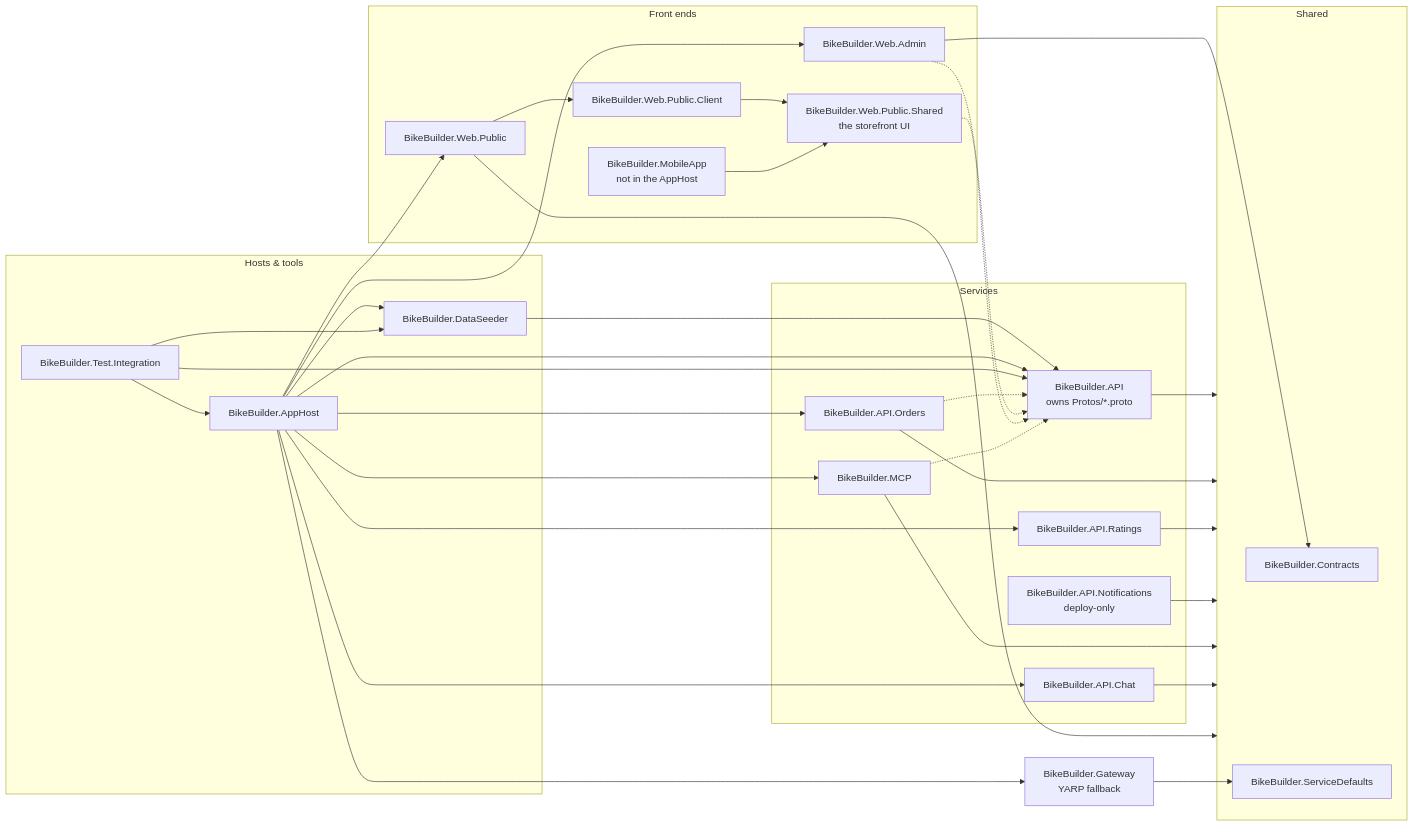
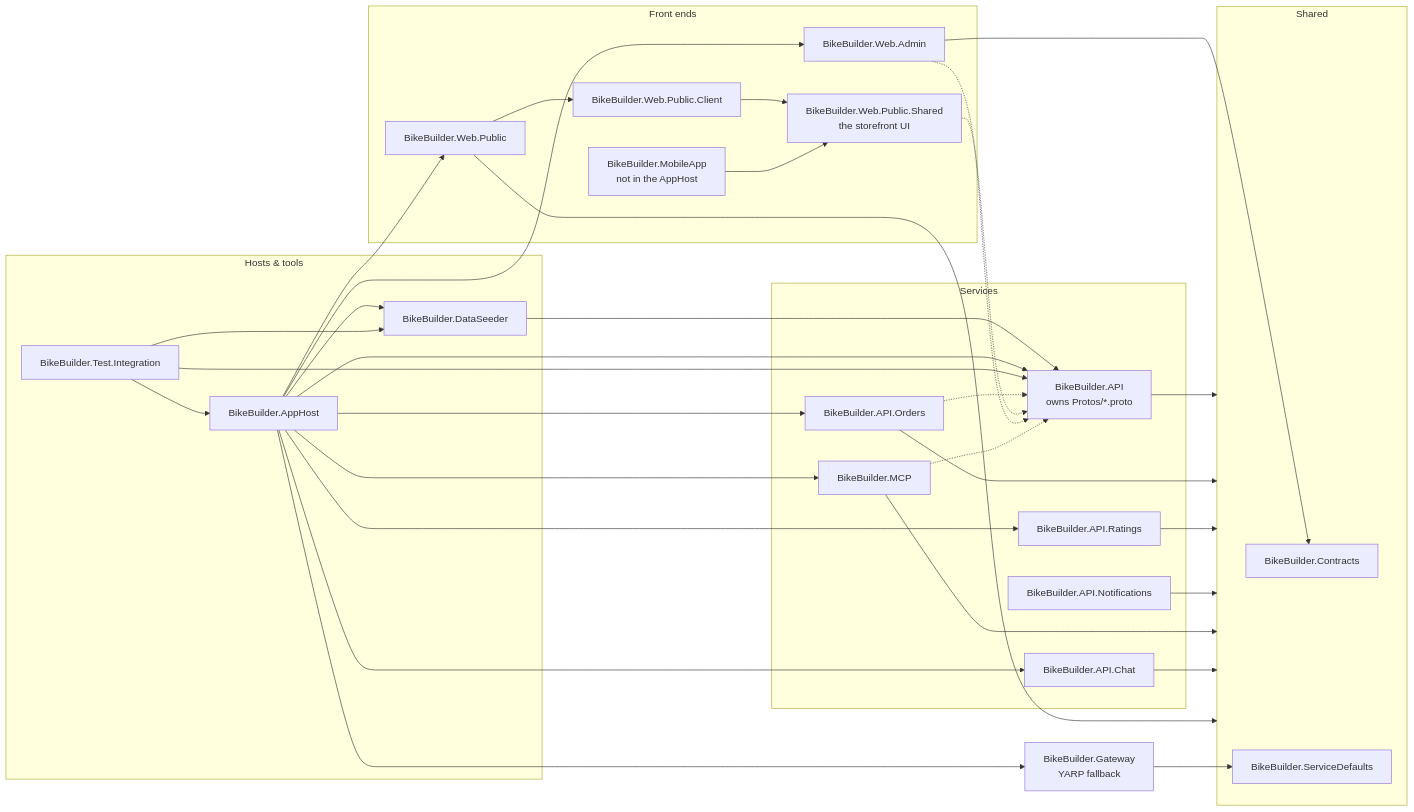
One commit to nickshepherd1983/BikeBuilderAspire changed the second of 2 diagrams in README.md. Above: the diagram before and after it, drawn with Mermaid. The commit also changed other lines of this file and 32 other files, not shown here.

````diff
--- a/README.md
+++ b/README.md
@@ -118,65 +122,65 @@
 ```mermaid
 flowchart LR
     subgraph roots["Hosts &amp; tools"]
         apphost["BikeBuilder.AppHost"]
         tests["BikeBuilder.Test.Integration"]
         seeder["BikeBuilder.DataSeeder"]
     end
 
     subgraph services["Services"]
         api["BikeBuilder.API<br/>owns Protos/*.proto"]
         orders["BikeBuilder.API.Orders"]
         ratings["BikeBuilder.API.Ratings"]
-        notifications["BikeBuilder.API.Notifications<br/>deploy-only"]
+        notifications["BikeBuilder.API.Notifications"]
         mcp["BikeBuilder.MCP"]
         chat["BikeBuilder.API.Chat"]
     end
 
     subgraph frontends["Front ends"]
         web["BikeBuilder.Web.Admin"]
         webpublic["BikeBuilder.Web.Public"]
         client["BikeBuilder.Web.Public.Client"]
         storefront["BikeBuilder.Web.Public.Shared<br/>the storefront UI"]
         mobile["BikeBuilder.MobileApp<br/>not in the AppHost"]
     end
 
     gateway["BikeBuilder.Gateway<br/>YARP fallback"]
 
     subgraph shared["Shared"]
         contracts["BikeBuilder.Contracts"]
         defaults["BikeBuilder.ServiceDefaults"]
     end
 
     api --> shared
     orders --> shared
     ratings --> shared
     notifications --> shared
     mcp --> shared
     chat --> shared
     webpublic --> shared
     gateway --> defaults
     web --> contracts
 
     webpublic --> client
     client --> storefront
     mobile --> storefront
     seeder --> api
 
     apphost --> api
     apphost --> orders
     apphost --> ratings
     apphost --> web
     apphost --> webpublic
     apphost --> seeder
     apphost --> gateway
     apphost --> mcp
     apphost --> chat
     tests --> apphost
     tests --> api
     tests --> seeder
 
     orders -.-> api
     web -.-> api
     storefront -.-> api
     mcp -.-> api
 ```
````
